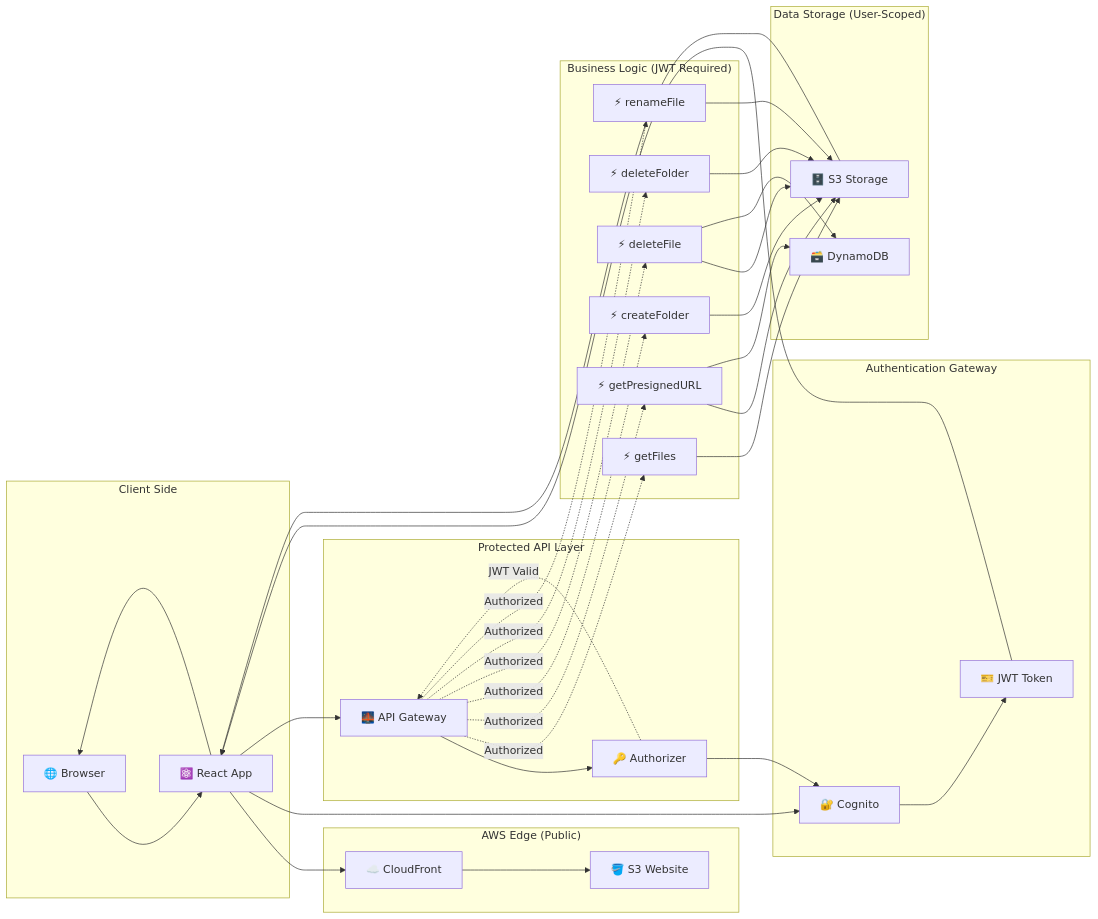
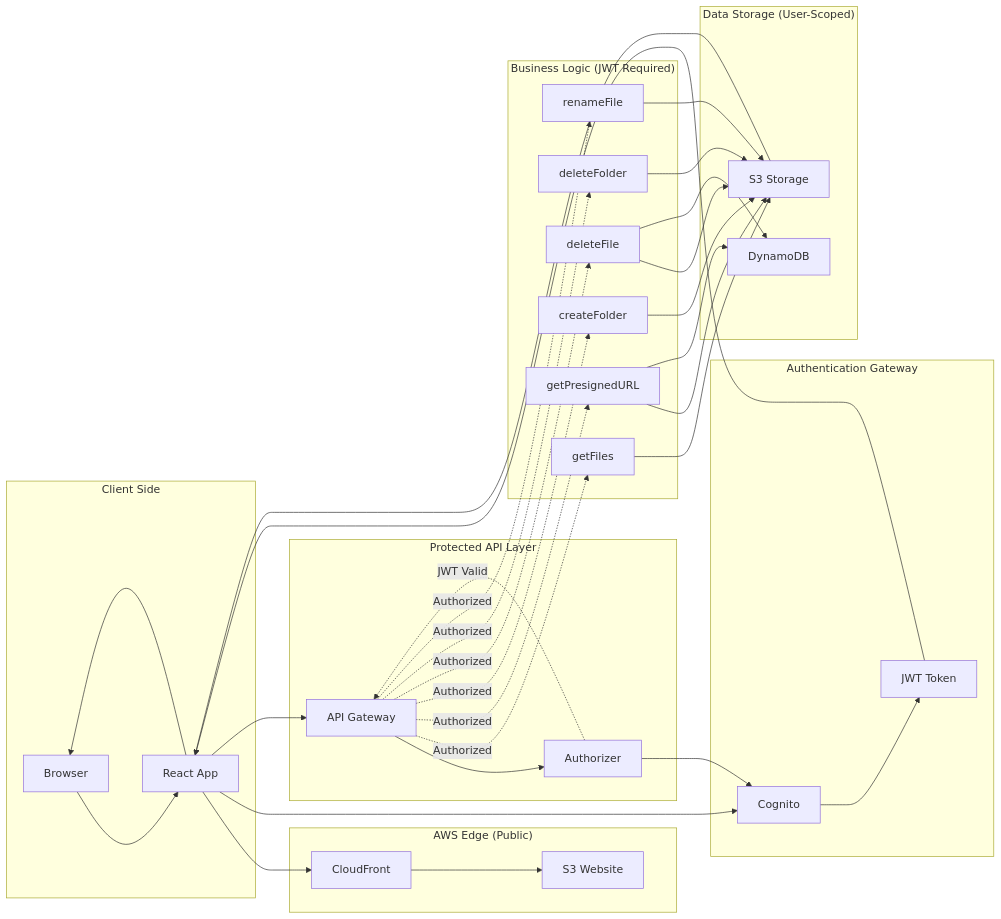
Before and after one commit to SanjeevGO123/drive-clone: the fourth of 10 diagrams in ARCHITECTURE_DIAGRAMS.md, drawn with Mermaid. The commit also changed other lines of this file, not shown here.

````diff
--- a/ARCHITECTURE_DIAGRAMS.md
+++ b/ARCHITECTURE_DIAGRAMS.md
@@ -440,73 +586,73 @@
 ```mermaid
 flowchart LR
     subgraph "Client Side"
-        Browser[🌐 Browser]
-        React[⚛️ React App]
+        Browser[Browser]
+        React[React App]
     end
     
     subgraph "AWS Edge (Public)"
-        CF[☁️ CloudFront]
-        S3Web[🪣 S3 Website]
+        CF[CloudFront]
+        S3Web[S3 Website]
     end
     
     subgraph "Authentication Gateway"
-        Cognito[🔐 Cognito]
-        JWT[🎫 JWT Token]
+        Cognito[Cognito]
+        JWT[JWT Token]
     end
     
     subgraph "Protected API Layer"
-        APIGW[🌉 API Gateway]
-        Auth[🔑 Authorizer]
+        APIGW[API Gateway]
+        Auth[Authorizer]
     end
     
     subgraph "Business Logic (JWT Required)"
-        L1[⚡ getFiles]
-        L2[⚡ getPresignedURL]
-        L3[⚡ createFolder]
-        L4[⚡ deleteFile]
-        L5[⚡ deleteFolder]
-        L6[⚡ renameFile]
+        L1[getFiles]
+        L2[getPresignedURL]
+        L3[createFolder]
+        L4[deleteFile]
+        L5[deleteFolder]
+        L6[renameFile]
     end
     
     subgraph "Data Storage (User-Scoped)"
-        S3[🗄️ S3 Storage]
-        DDB[🗃️ DynamoDB]
+        S3[S3 Storage]
+        DDB[DynamoDB]
     end
     
     %% Public Access Flow
     Browser --> React
     React --> CF
     CF --> S3Web
     
     %% Authentication Required Flow
     React --> Cognito
     Cognito --> JWT
     JWT --> React
     
     %% Protected API Access (JWT Required)
     React --> APIGW
     APIGW --> Auth
     Auth --> Cognito
     Auth -.->|JWT Valid| APIGW
     
     %% Business Logic (Only After Auth)
     APIGW -.->|Authorized| L1
     APIGW -.->|Authorized| L2
     APIGW -.->|Authorized| L3
     APIGW -.->|Authorized| L4
     APIGW -.->|Authorized| L5
     APIGW -.->|Authorized| L6
     
     %% Data Access (User-Scoped)
     L1 --> S3
     L2 --> S3
     L2 --> DDB
     L3 --> S3
     L4 --> S3
     L4 --> DDB
     L5 --> S3
     L6 --> S3
     
     S3 --> React
     React --> Browser
 ```
````
